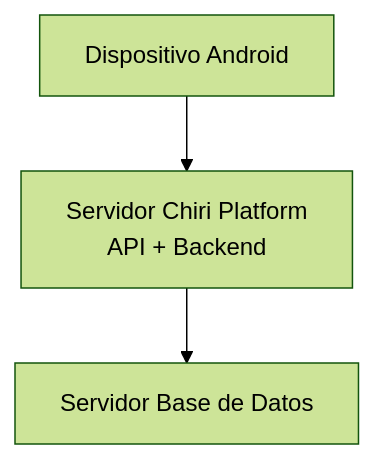
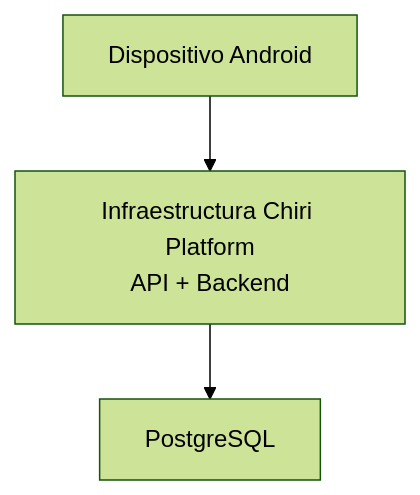
The second of 5 diagrams in docs/080_Despliegue.md (chirijose79-ui/Chiri), drawn with Mermaid (forest theme) before and after one commit. The commit also changed other lines of this file, not shown here.

````diff
--- a/docs/080_Despliegue.md
+++ b/docs/080_Despliegue.md
@@ -124,9 +159,10 @@
 ```mermaid
 flowchart TD
-    DispositivoAndroid --> ServidorAplicacion
-    ServidorAplicacion --> ServidorBD
+
+    DispositivoAndroid --> ServidorChiri
+    ServidorChiri --> PostgreSQL
 
     DispositivoAndroid["Dispositivo Android"]
-    ServidorAplicacion["Servidor Chiri Platform<br/>API + Backend"]
-    ServidorBD["Servidor Base de Datos"]
+    ServidorChiri["Infraestructura Chiri Platform<br/>API + Backend"]
+    PostgreSQL["PostgreSQL"]
 ```
````
